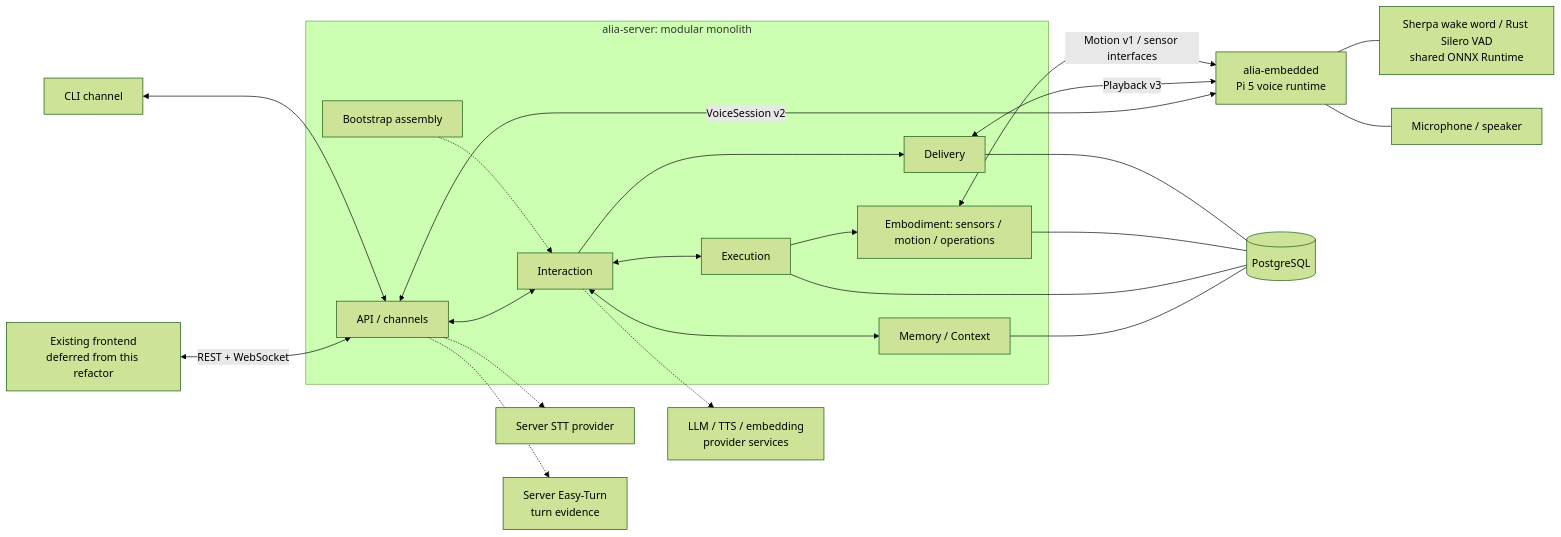
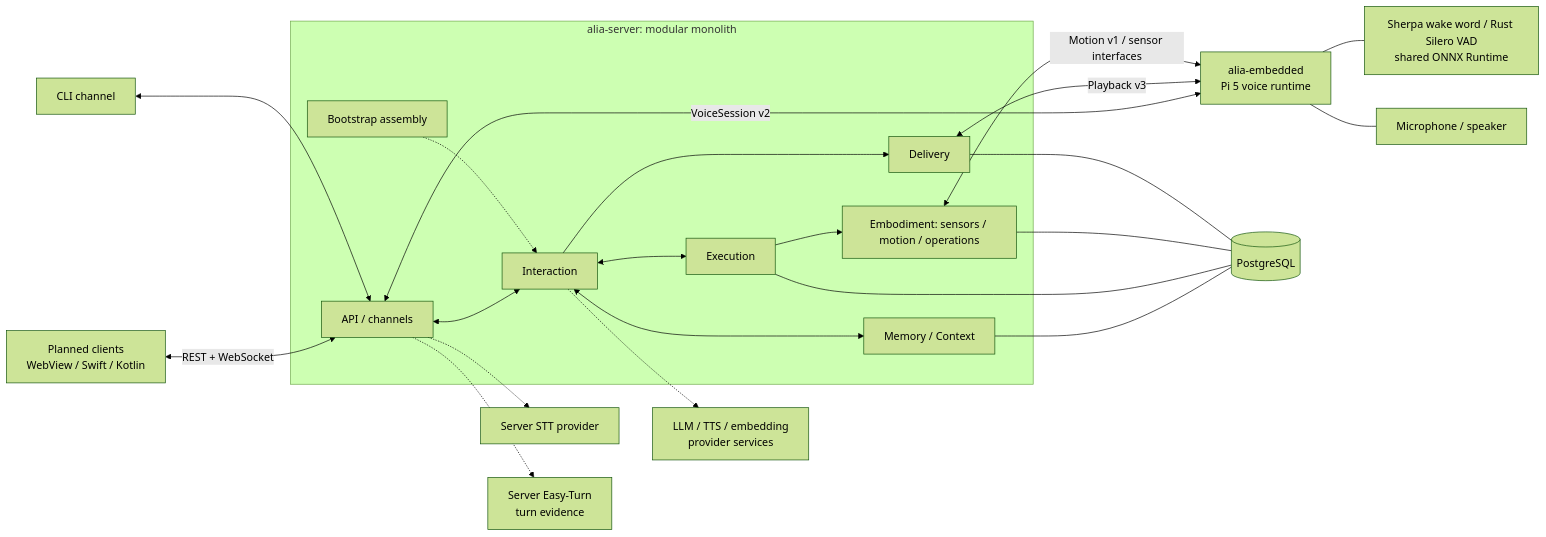
One commit to Ke-Qiao/project-alia changed the diagram in docs/architecture/overview.md. Above: the diagram before and after it, drawn with Mermaid (forest theme). The commit also changed other lines of this file and 95 other files, not shown here.

````diff
--- a/docs/architecture/overview.md
+++ b/docs/architecture/overview.md
@@ -15,25 +15,25 @@
 ```mermaid
 graph LR
-    Frontend["Existing frontend<br/>deferred from this refactor"] <-->|"REST + WebSocket"| Ingress
+    Frontend["Planned clients<br/>WebView / Swift / Kotlin"] <-->|"REST + WebSocket"| Ingress
     CLI["CLI channel"] <--> Ingress
     subgraph Server["alia-server: modular monolith"]
         Ingress["API / channels"] <--> Interaction
         Interaction <--> Memory["Memory / Context"]
         Interaction <--> Execution
         Execution --> Embodiment["Embodiment: sensors / motion / operations"]
         Interaction --> Delivery
         Bootstrap["Bootstrap assembly"] -.-> Interaction
     end
     Ingress <-->|"VoiceSession v2"| Embedded["alia-embedded<br/>Pi 5 voice runtime"]
     Delivery <-->|"Playback v3"| Embedded
     Embodiment <-->|"Motion v1 / sensor interfaces"| Embedded
     Memory --- Postgres[("PostgreSQL")]
     Execution --- Postgres
     Embodiment --- Postgres
     Delivery --- Postgres
     Interaction -.-> Models["LLM / TTS / embedding<br/>provider services"]
     Ingress -.-> STT["Server STT provider"]
     Ingress -.-> Turn["Server Easy-Turn<br/>turn evidence"]
     Embedded --- LocalModels["Sherpa wake word / Rust Silero VAD<br/>shared ONNX Runtime"]
     Embedded --- Audio["Microphone / speaker"]
 ```
````
